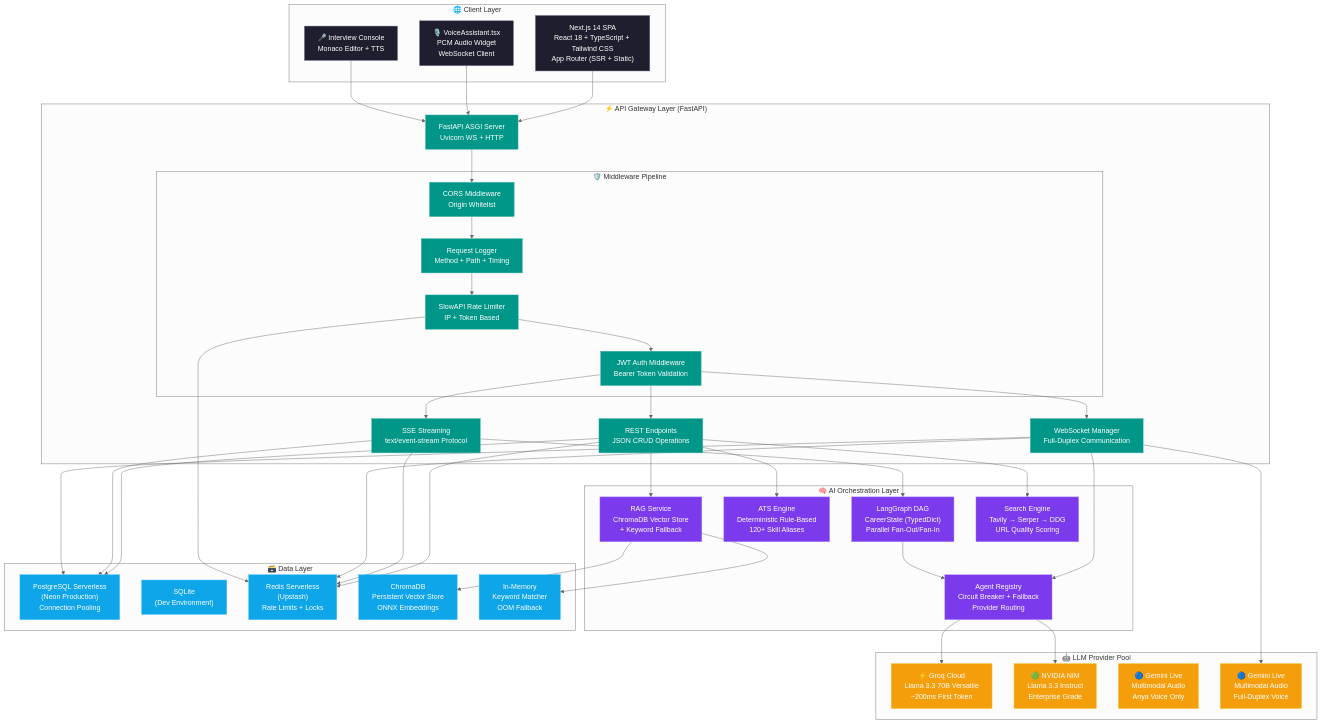
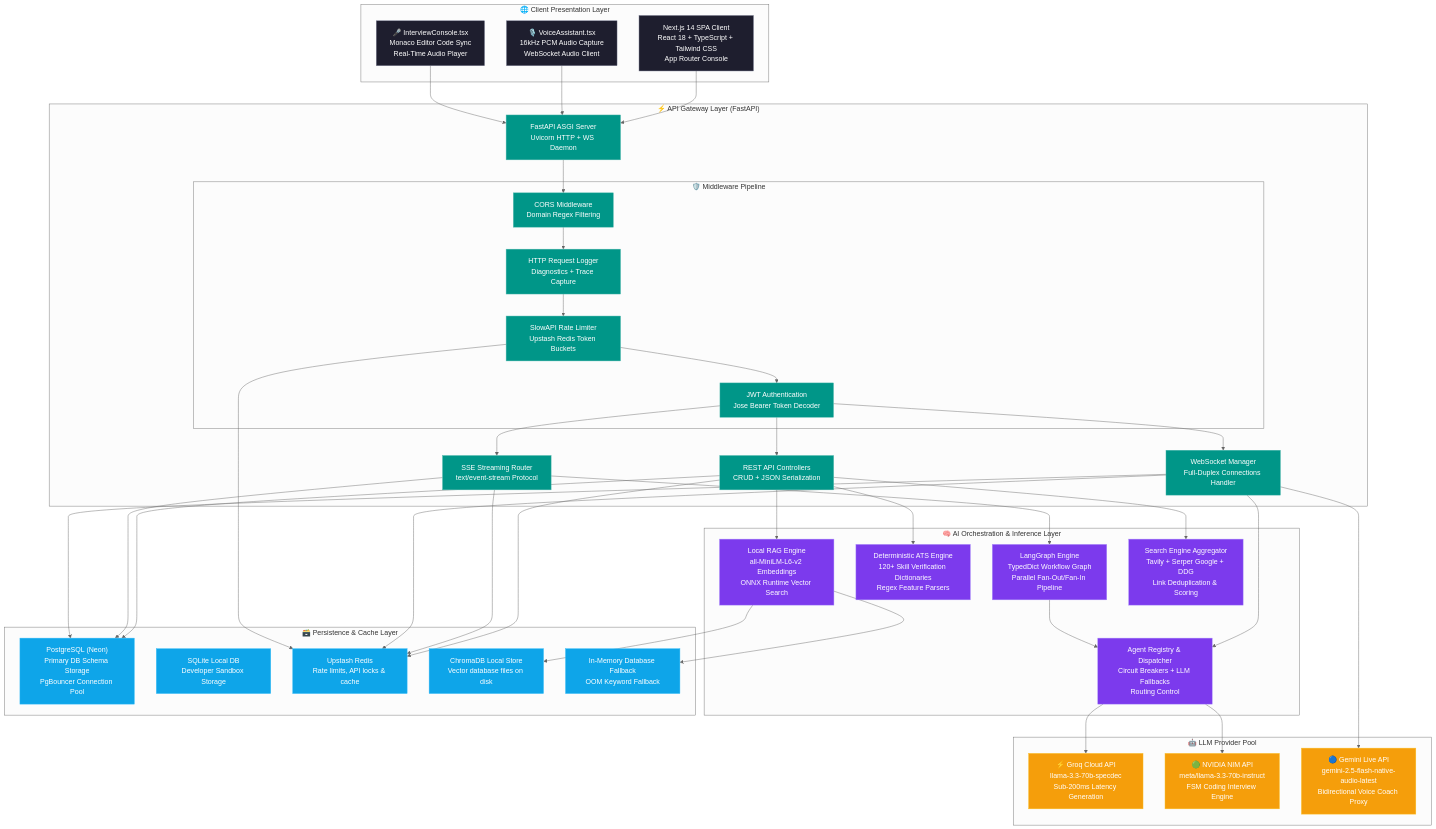
The first of 34 diagrams in documentation/ARCHITECTURE.md (Anil-Pradhan-web/ai-career-mentor), drawn with Mermaid (neutral theme) before and after one commit. The commit also changed other lines of this file, not shown here.

Commit message:
docs: rewrite high-level architecture section in ARCHITECTURE.md to match code implementation

````diff
--- a/documentation/ARCHITECTURE.md
+++ b/documentation/ARCHITECTURE.md
@@ -46,72 +48,70 @@
 ```mermaid
 graph TB
     classDef client fill:#1e1e2e,color:#fff,stroke:#6c7086
     classDef gateway fill:#009688,color:#fff,stroke:#4db6ac
     classDef ai fill:#7c3aed,color:#fff,stroke:#a78bfa
     classDef llm fill:#f59e0b,color:#fff,stroke:#fbbf24
     classDef data fill:#0ea5e9,color:#fff,stroke:#38bdf8
-    classDef ext fill:#ef4444,color:#fff,stroke:#f87171
 
-    subgraph "🌐 Client Layer"
-        UI["Next.js 14 SPA<br/>React 18 + TypeScript + Tailwind CSS<br/>App Router (SSR + Static)"]
-        VA["🎙️ VoiceAssistant.tsx<br/>PCM Audio Widget<br/>WebSocket Client"]
-        MI["🎤 Interview Console<br/>Monaco Editor + TTS"]
+    subgraph "🌐 Client Presentation Layer"
+        UI["Next.js 14 SPA Client<br/>React 18 + TypeScript + Tailwind CSS<br/>App Router Console"]
+        VA["🎙️ VoiceAssistant.tsx<br/>16kHz PCM Audio Capture<br/>WebSocket Audio Client"]
+        MI["🎤 InterviewConsole.tsx<br/>Monaco Editor Code Sync<br/>Real-Time Audio Player"]
     end
 
     subgraph "⚡ API Gateway Layer (FastAPI)"
-        GW["FastAPI ASGI Server<br/>Uvicorn WS + HTTP"]
-        REST["REST Endpoints<br/>JSON CRUD Operations"]
-        SSE["SSE Streaming<br/>text/event-stream Protocol"]
-        WS_MGR["WebSocket Manager<br/>Full-Duplex Communication"]
+        GW["FastAPI ASGI Server<br/>Uvicorn HTTP + WS Daemon"]
+        REST["REST API Controllers<br/>CRUD + JSON Serialization"]
+        SSE["SSE Streaming Router<br/>text/event-stream Protocol"]
+        WS_MGR["WebSocket Manager<br/>Full-Duplex Connections Handler"]
         
         subgraph "🛡️ Middleware Pipeline"
-            CORS["CORS Middleware<br/>Origin Whitelist"]
-            LOG["Request Logger<br/>Method + Path + Timing"]
-            SLW["SlowAPI Rate Limiter<br/>IP + Token Based"]
-            JWT["JWT Auth Middleware<br/>Bearer Token Validation"]
+            CORS["CORS Middleware<br/>Domain Regex Filtering"]
+            LOG["HTTP Request Logger<br/>Diagnostics + Trace Capture"]
+            SLW["SlowAPI Rate Limiter<br/>Upstash Redis Token Buckets"]
+            JWT["JWT Authentication<br/>Jose Bearer Token Decoder"]
         end
     end
 
-    subgraph "🧠 AI Orchestration Layer"
-        LG["LangGraph DAG<br/>CareerState (TypedDict)<br/>Parallel Fan-Out/Fan-In"]
-        REG["Agent Registry<br/>Circuit Breaker + Fallback<br/>Provider Routing"]
-        ATS["ATS Engine<br/>Deterministic Rule-Based<br/>120+ Skill Aliases"]
-        RAG_SVC["RAG Service<br/>ChromaDB Vector Store<br/>+ Keyword Fallback"]
-        SE["Search Engine<br/>Tavily → Serper → DDG<br/>URL Quality Scoring"]
+    subgraph "🧠 AI Orchestration & Inference Layer"
+        LG["LangGraph Engine<br/>TypedDict Workflow Graph<br/>Parallel Fan-Out/Fan-In Pipeline"]
+        REG["Agent Registry & Dispatcher<br/>Circuit Breakers + LLM Fallbacks<br/>Routing Control"]
+        ATS["Deterministic ATS Engine<br/>120+ Skill Verification Dictionaries<br/>Regex Feature Parsers"]
+        RAG_SVC["Local RAG Engine<br/>all-MiniLM-L6-v2 Embeddings<br/>ONNX Runtime Vector Search"]
+        SE["Search Engine Aggregator<br/>Tavily + Serper Google + DDG<br/>Link Deduplication & Scoring"]
     end
 
     subgraph "🤖 LLM Provider Pool"
-        GROQ["⚡ Groq Cloud<br/>Llama 3.3 70B Versatile<br/>~200ms First Token"]
-        NVD["🟢 NVIDIA NIM<br/>Llama 3.3 Instruct<br/>Enterprise Grade"]
-        GEM["🔵 Gemini Live<br/>Multimodal Audio<br/>Anya Voice Only"]
-        GML["🔵 Gemini Live<br/>Multimodal Audio<br/>Full-Duplex Voice"]
+        GROQ["⚡ Groq Cloud API<br/>llama-3.3-70b-specdec<br/>Sub-200ms Latency Generation"]
+        NVD["🟢 NVIDIA NIM API<br/>meta/llama-3.3-70b-instruct<br/>FSM Coding Interview Engine"]
+        GEM["🔵 Gemini Live API<br/>gemini-2.5-flash-native-audio-latest<br/>Bidirectional Voice Coach Proxy"]
     end
 
-    subgraph "🗃️ Data Layer"
-        PG["PostgreSQL Serverless<br/>(Neon Production)<br/>Connection Pooling"]
-        SQL["SQLite<br/>(Dev Environment)"]
-        RD["Redis Serverless<br/>(Upstash)<br/>Rate Limits + Locks"]
-        CD["ChromaDB<br/>Persistent Vector Store<br/>ONNX Embeddings"]
-        MEM["In-Memory<br/>Keyword Matcher<br/>OOM Fallback"]
+    subgraph "🗃️ Persistence & Cache Layer"
+        PG["PostgreSQL (Neon)<br/>Primary DB Schema Storage<br/>PgBouncer Connection Pool"]
+        SQL["SQLite Local DB<br/>Developer Sandbox Storage"]
+        RD["Upstash Redis<br/>Rate limits, API locks & cache"]
+        CD["ChromaDB Local Store<br/>Vector database files on disk"]
+        MEM["In-Memory Database Fallback<br/>OOM Keyword Fallback"]
     end
 
     UI & VA & MI --> GW
     GW --> CORS --> LOG --> SLW --> JWT
     JWT --> REST & SSE & WS_MGR
     
     REST --> ATS & RAG_SVC & SE & PG & RD
     SSE --> LG & PG & RD
-    WS_MGR --> REG & GML & PG & RD
+    WS_MGR --> REG & GEM & PG & RD
     
     LG --> REG
     REG --> GROQ & NVD
     
     SLW --> RD
     RAG_SVC --> CD & MEM
     
     class UI,VA,MI client
     class GW,REST,SSE,WS_MGR,CORS,LOG,SLW,JWT gateway
     class LG,REG,ATS,RAG_SVC,SE ai
-    class GROQ,NVD,GEM,GML llm
+    class GROQ,NVD,GEM llm
     class PG,SQL,RD,CD,MEM data
 ```
````
